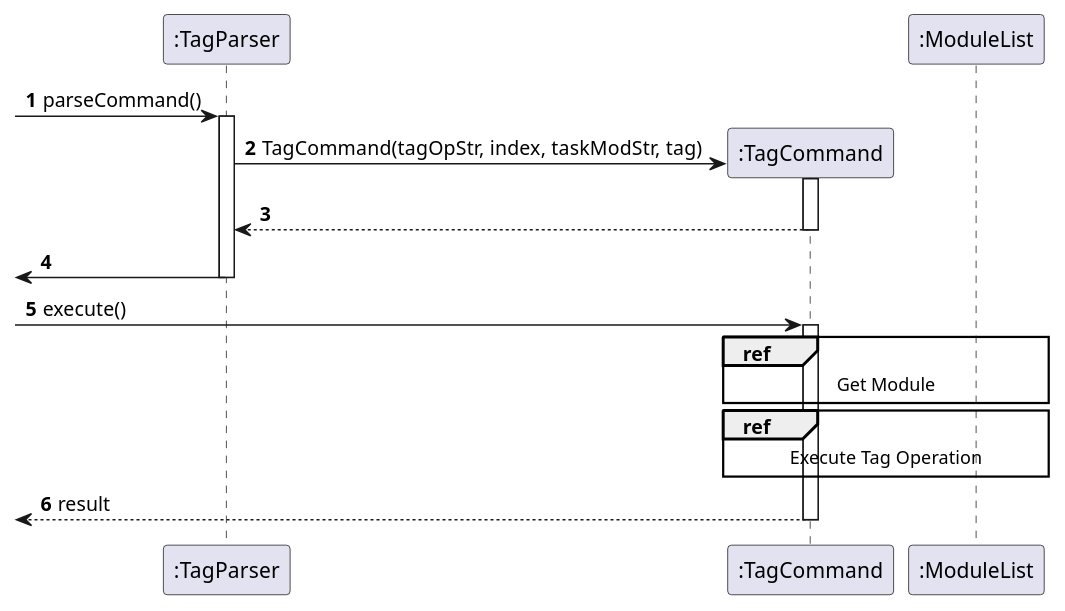
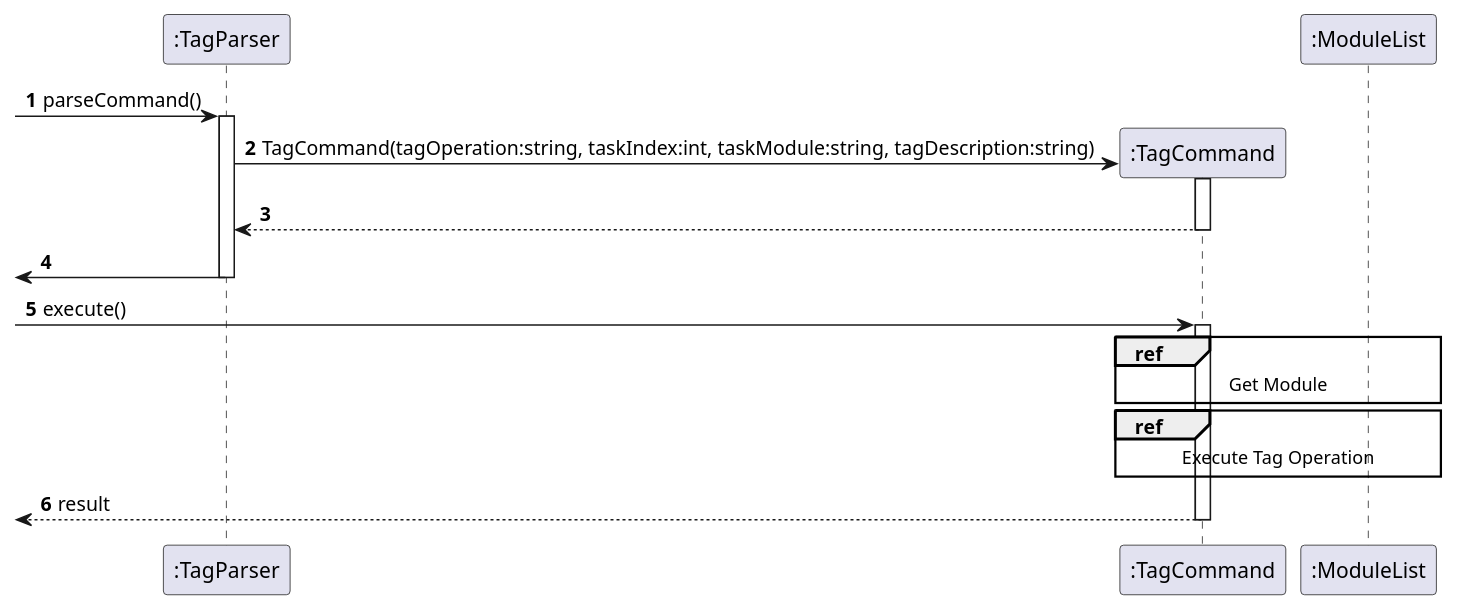
Before and after one commit to nus-cs2113-AY2122S2/tp: the diagram in docs/TagSeqDiagram/Tag.puml, drawn with PlantUML. The commit also changed 2 other files, not shown here.

```diff
--- a/docs/TagSeqDiagram/Tag.puml
+++ b/docs/TagSeqDiagram/Tag.puml
@@ -1,26 +1,26 @@
 @startuml
 'https://plantuml.com/sequence-diagram
 
 autonumber
 skinparam shadowing false
 participant ":TagParser" as TagParser
 participant ":TagCommand" as TagCommand
 participant ":ModuleList" as ModuleList
 
 [->TagParser:parseCommand()
 create TagCommand
 activate TagParser
-TagParser -> TagCommand: TagCommand(tagOpStr, index, taskModStr, tag)
+TagParser -> TagCommand: TagCommand(tagOperation:string, taskIndex:int, taskModule:string, tagDescription:string)
 activate TagCommand
 return
 [<- TagParser
 deactivate TagParser
 
 [->TagCommand:execute()
 activate TagCommand
 
 ref over TagCommand, ModuleList: Get Module
 
 ref over TagCommand, ModuleList: Execute Tag Operation
 return result
 @enduml
```
